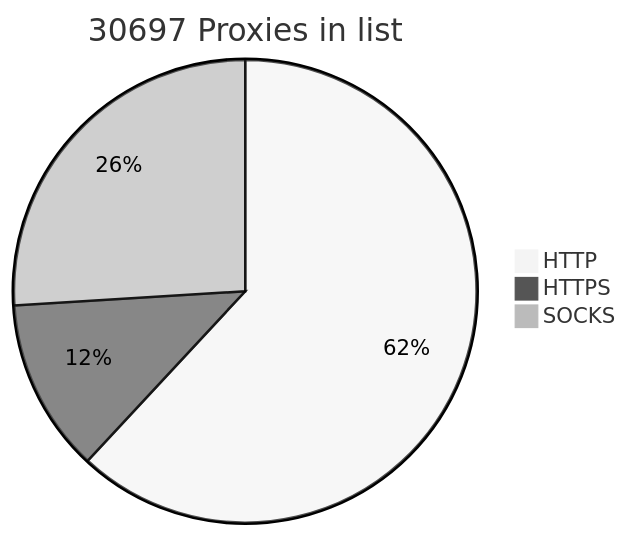
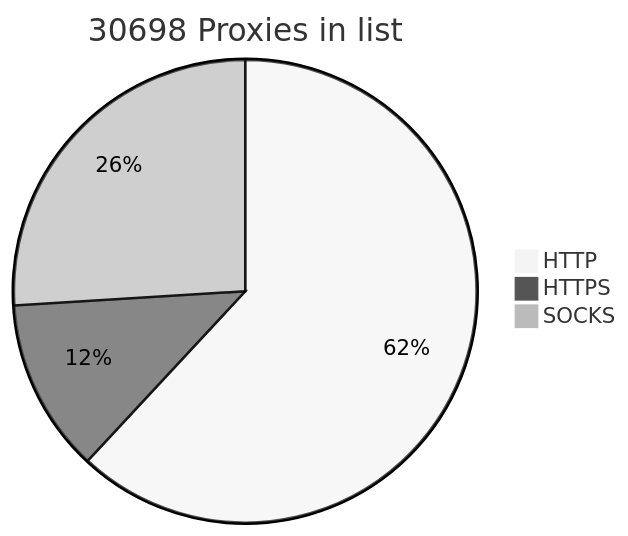
Before and after one commit to BlackSnowDot/proxylist-update-every-minute: the diagram in README.md, drawn with Mermaid (neutral theme).

````diff
--- a/README.md
+++ b/README.md
@@ -2,6 +2,6 @@
 ```mermaid
-pie title 30697 Proxies in list
+pie title 30698 Proxies in list
     "HTTP" : 20886
     "HTTPS": 4083
-    "SOCKS" : 8762
+    "SOCKS" : 8763
 ```
````
